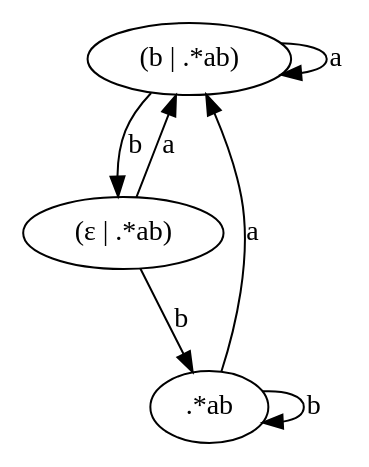
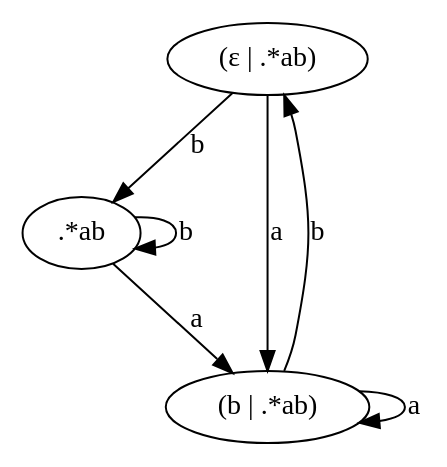
The diagram in graphs/dfa.dot (eniac/Reef), drawn with Graphviz before and after one commit. The commit also changed other lines of this file and 4 other files, not shown here.

```diff
--- a/graphs/dfa.dot
+++ b/graphs/dfa.dot
@@ -1,11 +1,11 @@
 digraph example {
-    N1[label="(b | .*ab)"];
     N2[label="(ε | .*ab)"];
     N0[label=".*ab"];
-    N1 -> N2[label="b"];
+    N1[label="(b | .*ab)"];
     N2 -> N0[label="b"];
     N1 -> N1[label="a"];
+    N0 -> N0[label="b"];
     N0 -> N1[label="a"];
-    N0 -> N0[label="b"];
     N2 -> N1[label="a"];
+    N1 -> N2[label="b"];
 }
```
